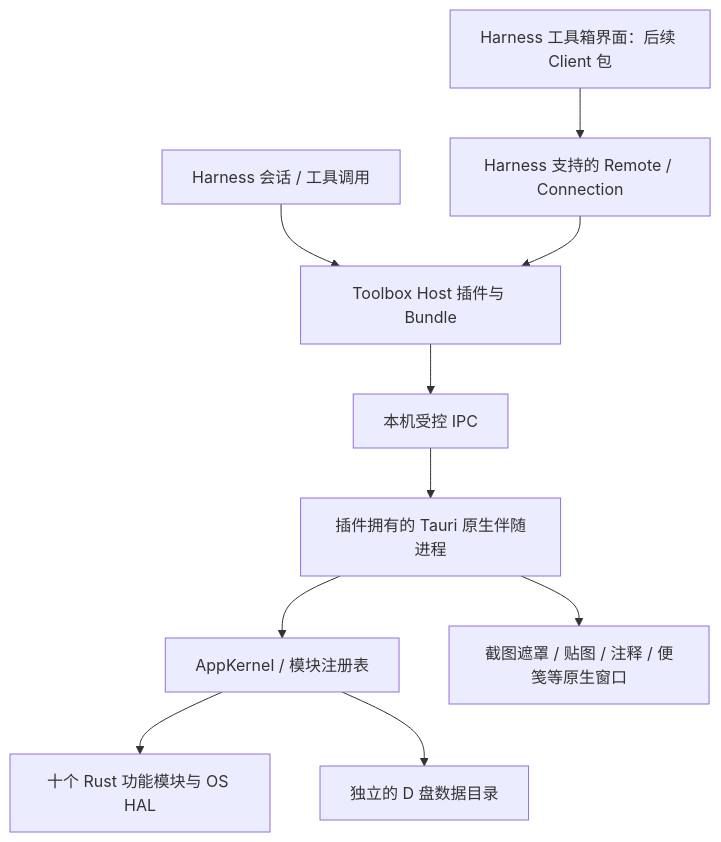
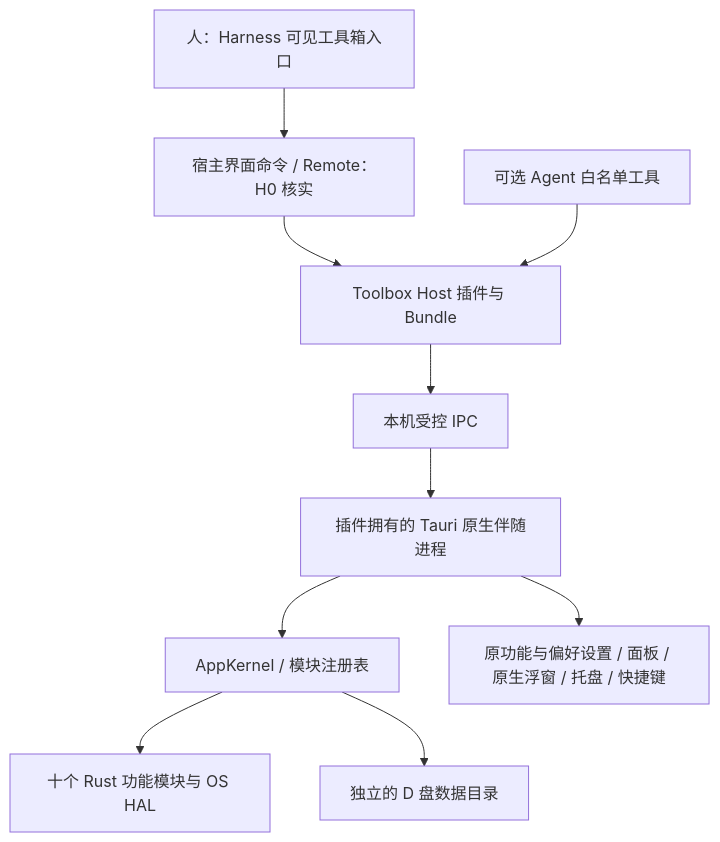
The diagram in docs/MIGRATION_PLAN.zh-CN.md (dongyan3721/dsh-desktop-toolbox), drawn with Mermaid before and after one commit. The commit also changed other lines of this file and 6 other files, not shown here.

````diff
--- a/docs/MIGRATION_PLAN.zh-CN.md
+++ b/docs/MIGRATION_PLAN.zh-CN.md
@@ -30,12 +33,12 @@
 ```mermaid
 flowchart TD
-    A[Harness 会话 / 工具调用] --> H[Toolbox Host 插件与 Bundle]
-    U[Harness 工具箱界面：后续 Client 包] --> R[Harness 支持的 Remote / Connection]
+    U[人：Harness 可见工具箱入口] --> R[宿主界面命令 / Remote：H0 核实]
     R --> H
+    A[可选 Agent 白名单工具] --> H[Toolbox Host 插件与 Bundle]
     H --> P[本机受控 IPC]
     P --> N[插件拥有的 Tauri 原生伴随进程]
     N --> K[AppKernel / 模块注册表]
     K --> M[十个 Rust 功能模块与 OS HAL]
-    N --> W[截图遮罩 / 贴图 / 注释 / 便笺等原生窗口]
+    N --> W[原功能与偏好设置 / 面板 / 原生浮窗 / 托盘 / 快捷键]
     K --> D[独立的 D 盘数据目录]
 ```
````
